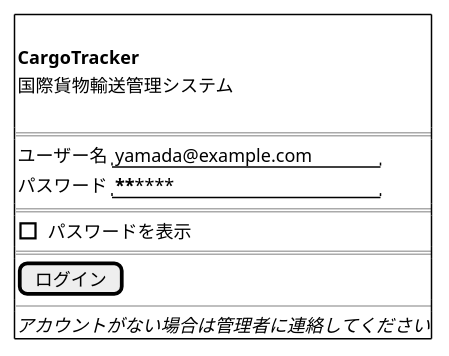
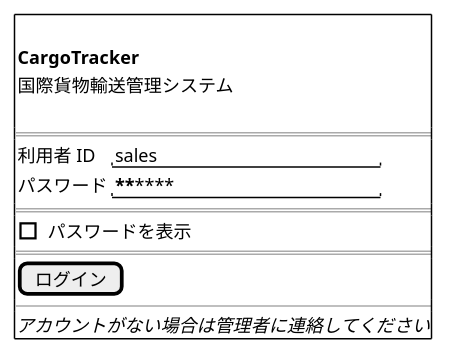
The third of 18 diagrams in docs/design/ui_design.md (k2works/case-study-cargo-tracker), drawn with PlantUML before and after one commit. The commit also changed other lines of this file and 9 other files, not shown here.

````diff
--- a/docs/design/ui_design.md
+++ b/docs/design/ui_design.md
@@ -449,25 +449,25 @@
 ```plantuml
 @startsalt
 {+
   {
     .
     <b>CargoTracker</b>
     国際貨物輸送管理システム
     .
   }
   ==
   {
-    ユーザー名  | "yamada@example.com    "
+    利用者 ID  | "sales                 "
     パスワード  | "**************        "
   }
   ==
   {
     [] パスワードを表示
   }
   ==
   [  ログイン  ]
   --
   <i>アカウントがない場合は管理者に連絡してください</i>
 }
 @endsalt
 ```
````
